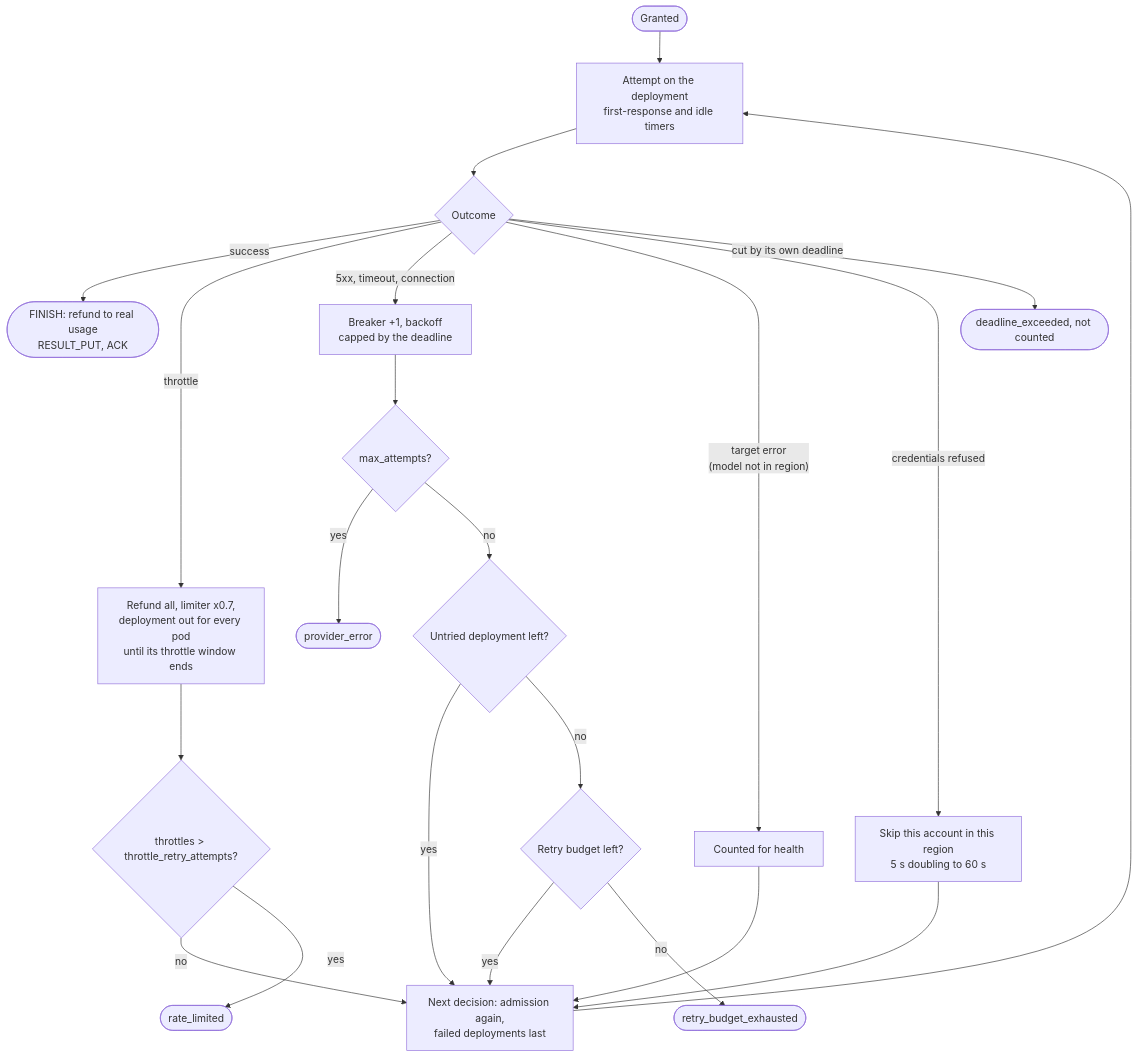
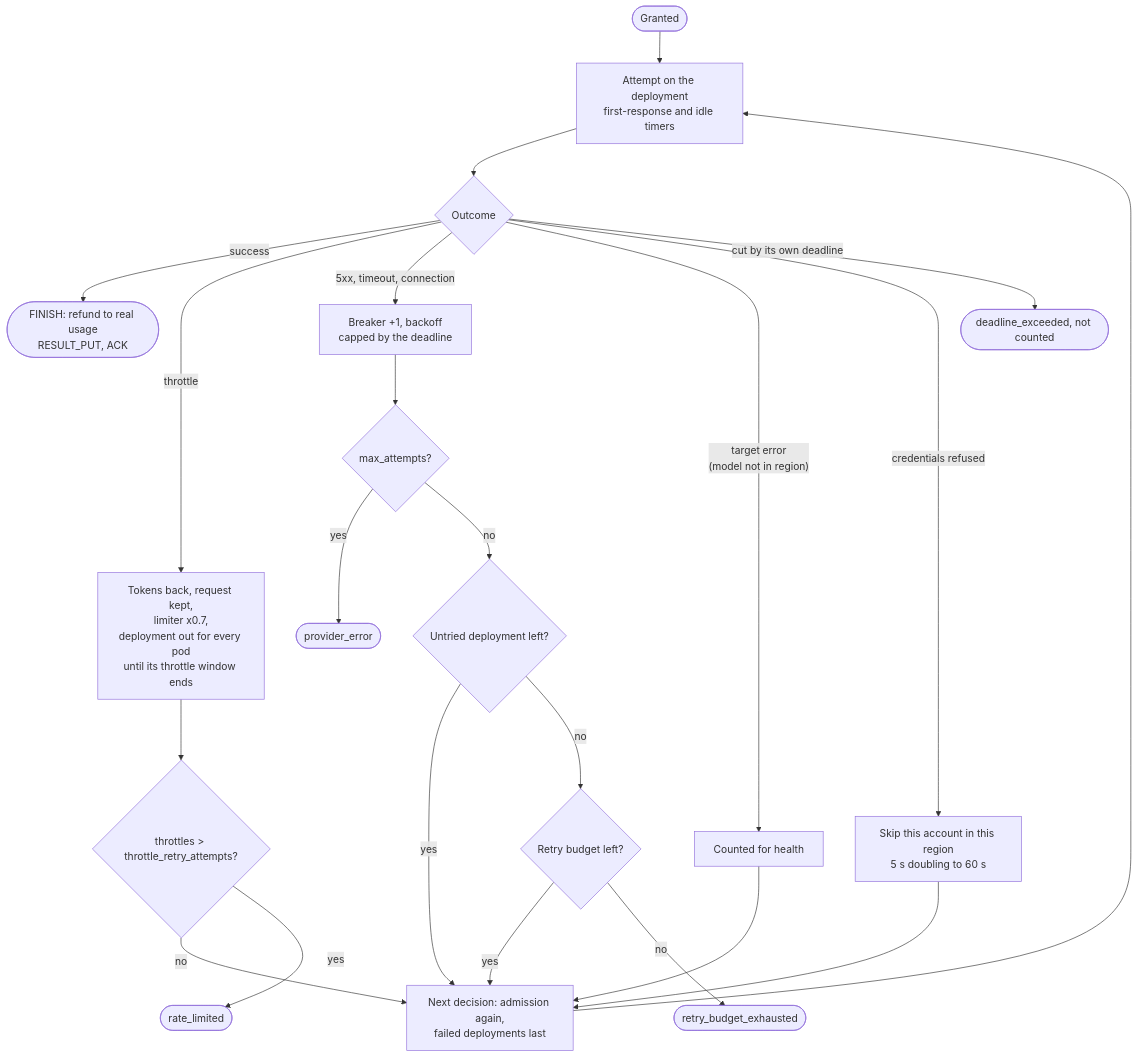
Before and after one commit to techiewonk/llm-queue: the first of 2 diagrams in docs/explanation/attempts.md, drawn with Mermaid. The commit also changed other lines of this file and 12 other files, not shown here.

````diff
--- a/docs/explanation/attempts.md
+++ b/docs/explanation/attempts.md
@@ -5,22 +5,22 @@
 ```mermaid
 flowchart TD
   S([Granted]) --> A[Attempt on the deployment<br/>first-response and idle timers]
   A --> O{Outcome}
   O -- success --> OK([FINISH: refund to real usage<br/>RESULT_PUT, ACK])
-  O -- throttle --> T[Refund all, limiter x0.7,<br/>deployment out for every pod<br/>until its throttle window ends]
+  O -- throttle --> T[Tokens back, request kept,<br/>limiter x0.7,<br/>deployment out for every pod<br/>until its throttle window ends]
   T --> T1{throttles > throttle_retry_attempts?}
   T1 -- no --> NX
   T1 -- yes --> RL([rate_limited])
   O -- "5xx, timeout, connection" --> E[Breaker +1, backoff<br/>capped by the deadline]
   E --> E1{max_attempts?}
   E1 -- yes --> PE([provider_error])
   E1 -- no --> E2{Untried deployment left?}
   E2 -- yes --> NX
   E2 -- no --> E3{Retry budget left?}
   E3 -- yes --> NX
   E3 -- no --> RB([retry_budget_exhausted])
   O -- "target error<br/>(model not in region)" --> TG[Counted for health] --> NX
   O -- "credentials refused" --> CR[Skip this account in this region<br/>5 s doubling to 60 s] --> NX
   O -- "cut by its own deadline" --> DL([deadline_exceeded, not counted])
   NX[Next decision: admission again,<br/>failed deployments last] --> A
 ```
````
